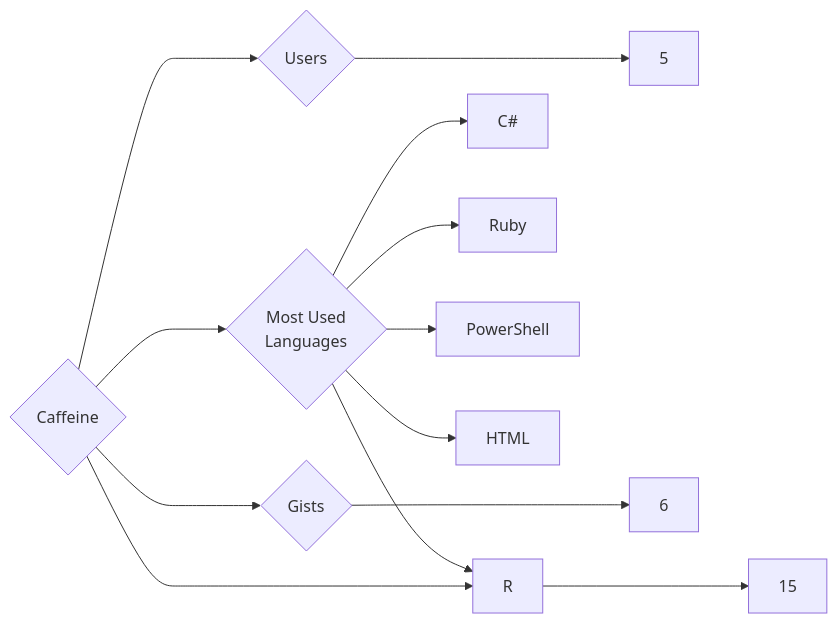
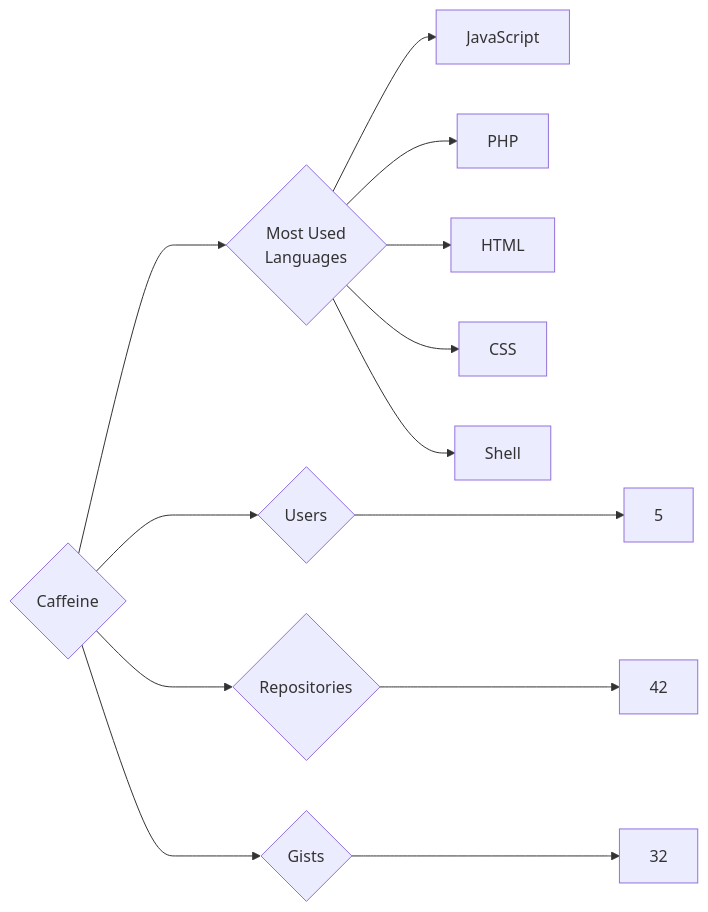
Before and after one commit to trickest/insiders: the diagram in targets/Caffeine/README.md, drawn with Mermaid. The commit also changed 1167 other files, not shown here.

````diff
--- a/targets/Caffeine/README.md
+++ b/targets/Caffeine/README.md
@@ -3,13 +3,13 @@
 ```mermaid
 graph LR
 COMPANY_NAME{Caffeine}
 COMPANY_NAME ---> U{Users} ---> UN[5]
-COMPANY_NAME ---> R{Repositories} ---> RN[15]
-COMPANY_NAME ---> G{Gists} ---> GN[6]
+COMPANY_NAME ---> R{Repositories} ---> RN[42]
+COMPANY_NAME ---> G{Gists} ---> GN[32]
 COMPANY_NAME ---> ML{Most Used<br>Languages}
-ML --> C#[C#]
-ML --> Ruby[Ruby]
-ML --> R[R]
-ML --> PowerShell[PowerShell]
+ML --> JavaScript[JavaScript]
+ML --> PHP[PHP]
 ML --> HTML[HTML]
+ML --> CSS[CSS]
+ML --> Shell[Shell]
 ```
````
